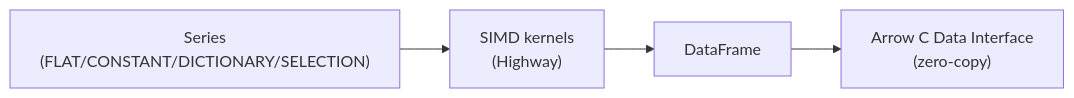
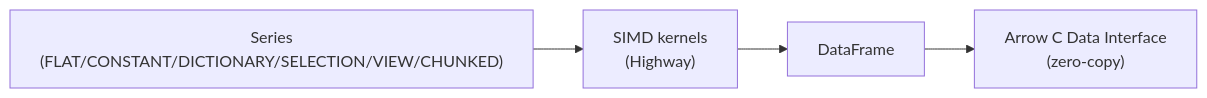
The diagram in docs/source/concepts/dataframe-model.rst (llnl-asr/dftracer-utils), drawn with Mermaid before and after one commit. The commit also changed other lines of this file and 66 other files, not shown here.

```diff
--- a/docs/source/concepts/dataframe-model.rst
+++ b/docs/source/concepts/dataframe-model.rst
@@ -106,8 +117,8 @@
 .. mermaid::
 
    graph LR
-       Series["Series<br/>(FLAT/CONSTANT/DICTIONARY/SELECTION)"]
+       Series["Series<br/>(FLAT/CONSTANT/DICTIONARY/SELECTION/VIEW/CHUNKED)"]
        Kernels["SIMD kernels<br/>(Highway)"]
        DF["DataFrame"]
        Arrow["Arrow C Data Interface<br/>(zero-copy)"]
        Series --> Kernels --> DF --> Arrow
```
